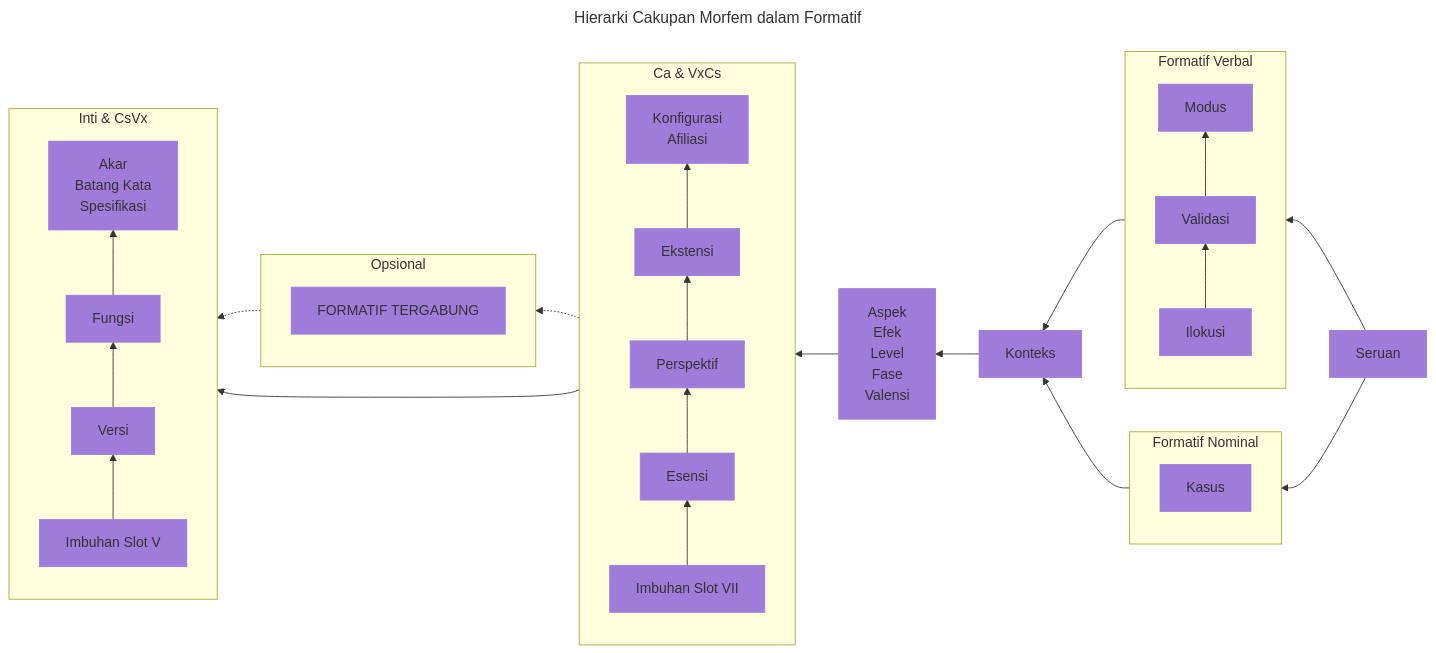
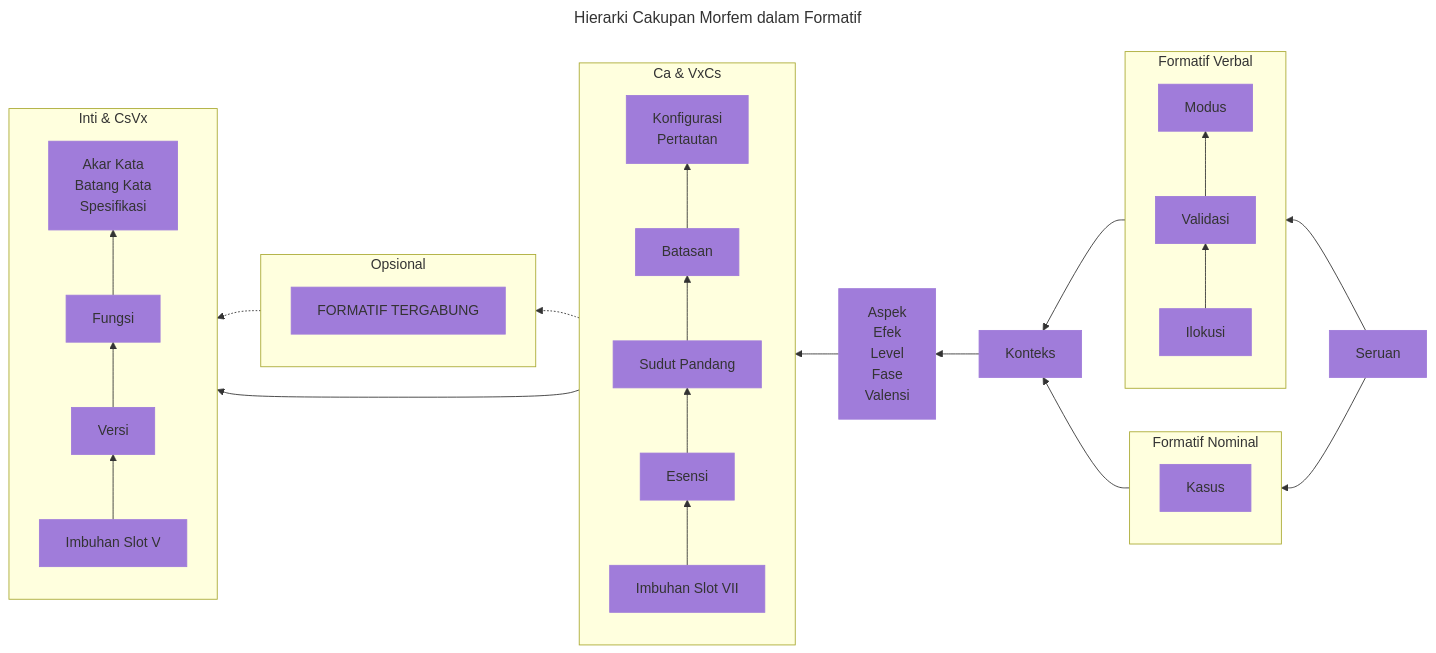
Before and after one commit to Hasbi2816/yuorb.github.io-id: the diagram in src/id/docs/02.md, drawn with Mermaid.

````diff
--- a/src/id/docs/02.md
+++ b/src/id/docs/02.md
@@ -203,52 +203,52 @@
 ```mermaid
 ---
 title: Hierarki Cakupan Morfem dalam Formatif
 ---
 flowchart RL
     subgraph CORE [Inti & CsVx]
     direction BT
-    a["Akar
+    a["Akar Kata
     Batang Kata
     Spesifikasi"]
     b[Fungsi]
     c[Versi]
     d[Imbuhan Slot V]
     d-->c-->b-->a
     end
     subgraph opt [Opsional]
     e["FORMATIF TERGABUNG"]
     end
     subgraph Ca [Ca & VxCs]
     direction BT
     f["Konfigurasi
-    Afiliasi"]
-    g[Ekstensi]
-    h[Perspektif]
+    Pertautan"]
+    g[Batasan]
+    h[Sudut Pandang]
     i[Esensi]
     j[Imbuhan Slot VII]
     j-->i-->h-->g-->f
     end
     k["Aspek
     Efek
     Level
     Fase
     Valensi"]
     l[Konteks]
     l-->k-->Ca-.->opt-.->CORE
     Ca-->CORE
     subgraph verb [Formatif Verbal]
     direction BT
     p[Ilokusi]-->o[Validasi]-->n[Modus]
     end
     subgraph noun [Formatif Nominal]
     direction BT
     m[Kasus]
     end
     verb-->l
     noun-->l
     q[Seruan]
     q-->verb
     q-->noun
     class a,b,c,d,e,f,g,h,i,j,k,l,m,n,o,p,q styl;
     classDef styl fill:#a07cda,stroke:#a07cda
 ```
````
